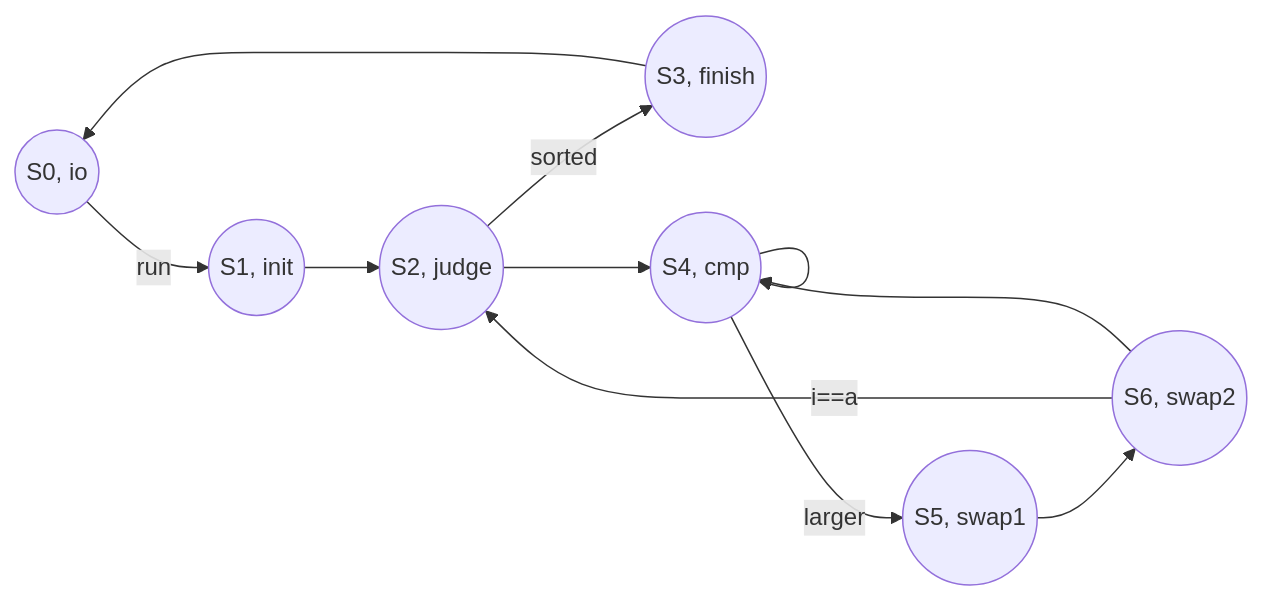
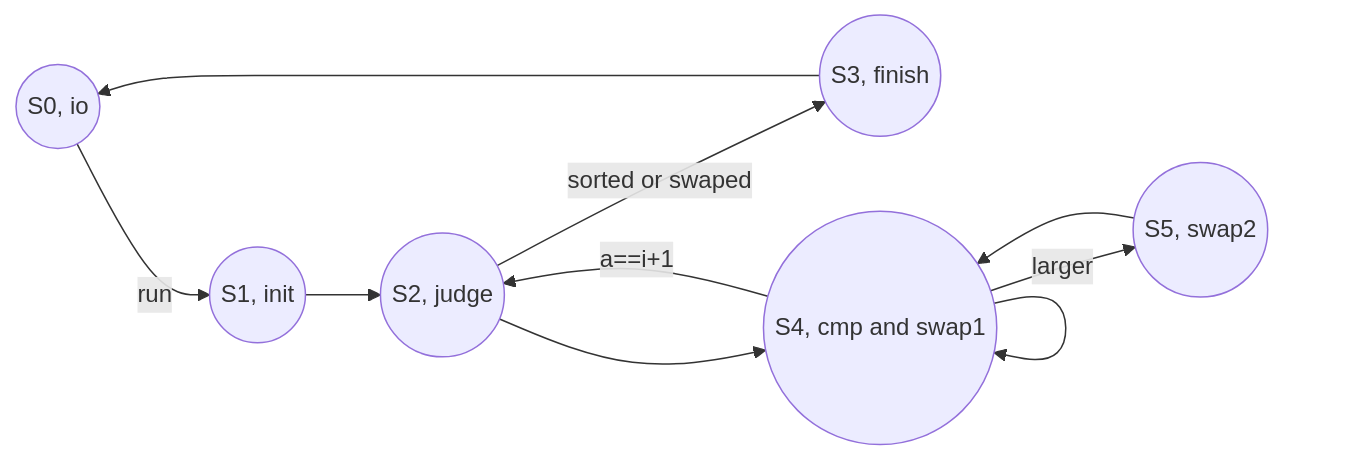
Before and after one commit to xkz0777/CODH: the diagram in Lab2/report/state_diagram/state_diagram.md, drawn with Mermaid. The commit also changed 98 other files, not shown here.

````diff
--- a/Lab2/report/state_diagram/state_diagram.md
+++ b/Lab2/report/state_diagram/state_diagram.md
@@ -1,15 +1,14 @@
 ```mermaid
 graph LR
 
 0((S0, io))--run-->1((S1, init))
 1-->2((S2, judge))
-2--sorted-->3((S3, finish))
+2--sorted or swaped-->3((S3, finish))
 3-->0
-2-->4((S4, cmp))
+2-->4((S4, cmp and swap1))
+4--a==i+1-->2
 4-->4
-4--larger-->5((S5, swap1))
-5-->6((S6, swap2))
-6--i==a-->2
-6-->4
+4--larger-->5((S5, swap2))
+5-->4
 
 ```
````
